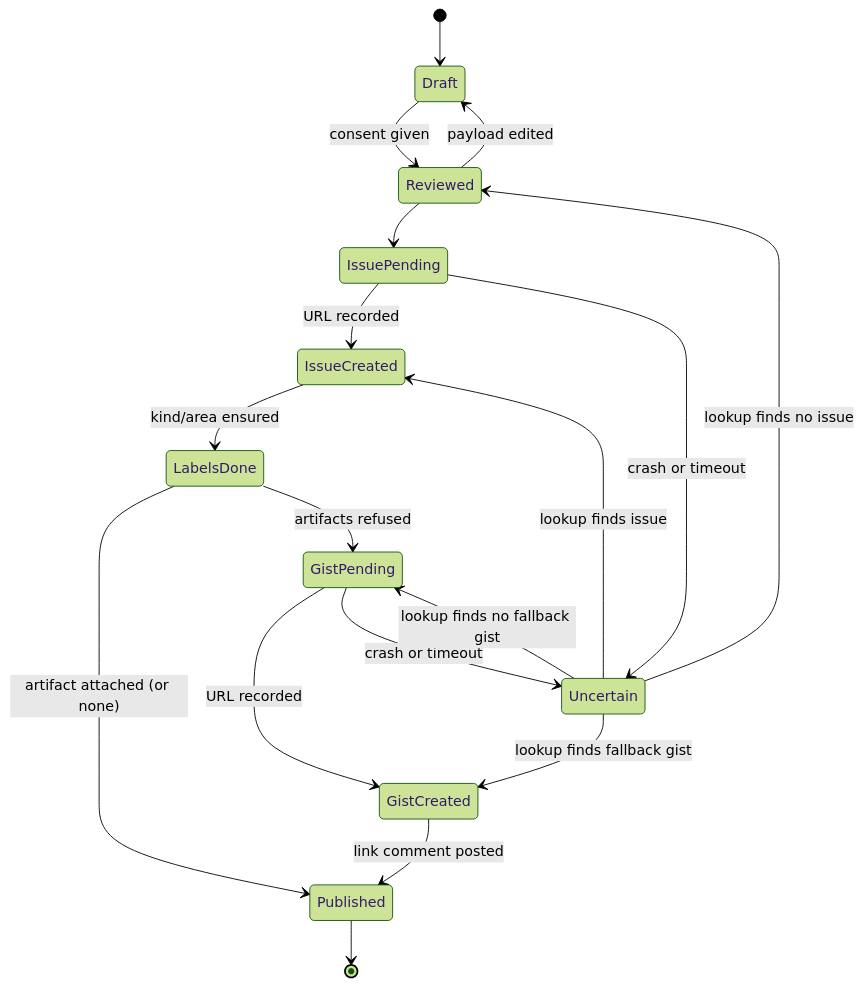
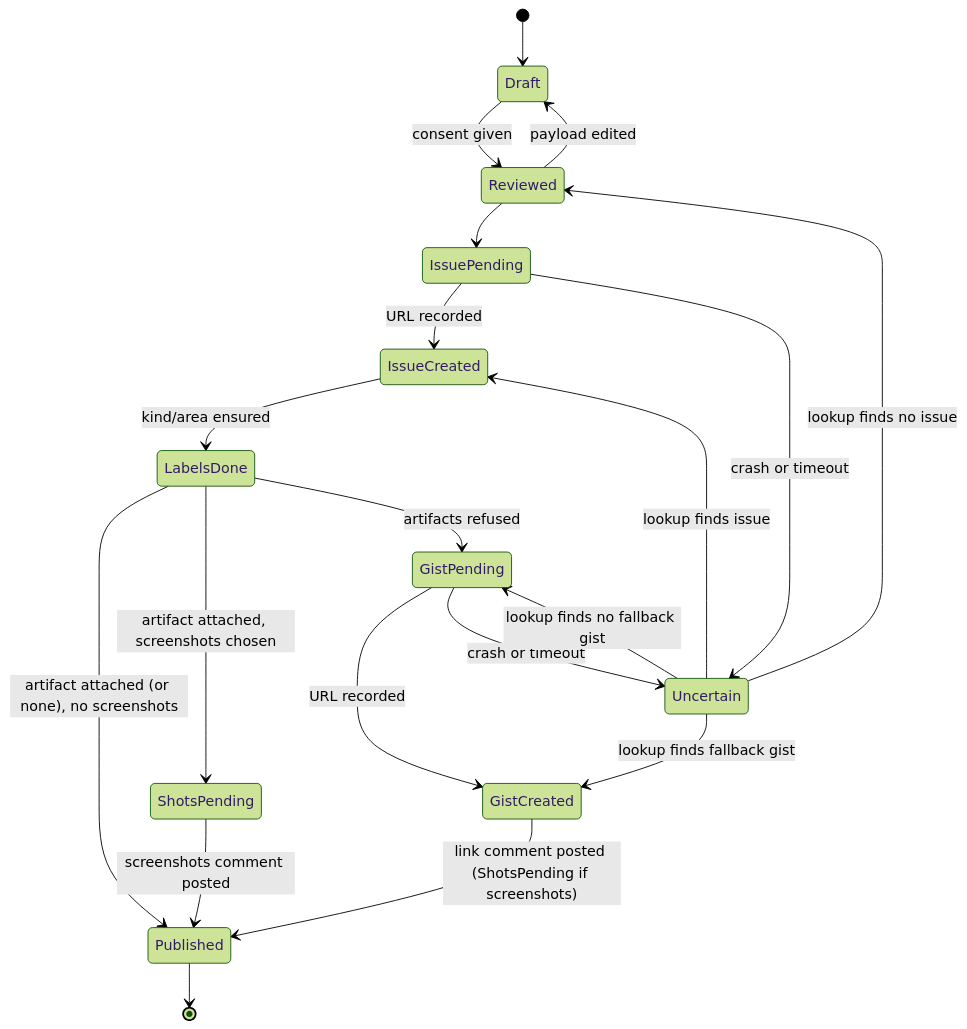
The diagram in systemd-report-design-plan.md (Karibhou/bluefin-report), drawn with Mermaid (forest theme) before and after one commit. The commit also changed other lines of this file and 4 other files, not shown here.

````diff
--- a/systemd-report-design-plan.md
+++ b/systemd-report-design-plan.md
@@ -191,20 +192,22 @@
 ```mermaid
 stateDiagram-v2
     [*] --> Draft
     Draft --> Reviewed: consent given
     Reviewed --> Draft: payload edited
     Reviewed --> IssuePending
     IssuePending --> IssueCreated: URL recorded
     IssuePending --> Uncertain: crash or timeout
     IssueCreated --> LabelsDone: kind/area ensured
-    LabelsDone --> Published: artifact attached (or none)
+    LabelsDone --> Published: artifact attached (or none), no screenshots
+    LabelsDone --> ShotsPending: artifact attached, screenshots chosen
+    ShotsPending --> Published: screenshots comment posted
     LabelsDone --> GistPending: artifacts refused
     GistPending --> GistCreated: URL recorded
     GistPending --> Uncertain: crash or timeout
-    GistCreated --> Published: link comment posted
+    GistCreated --> Published: link comment posted (ShotsPending if screenshots)
     Uncertain --> IssueCreated: lookup finds issue
     Uncertain --> Reviewed: lookup finds no issue
     Uncertain --> GistCreated: lookup finds fallback gist
     Uncertain --> GistPending: lookup finds no fallback gist
     Published --> [*]
 ```
````
